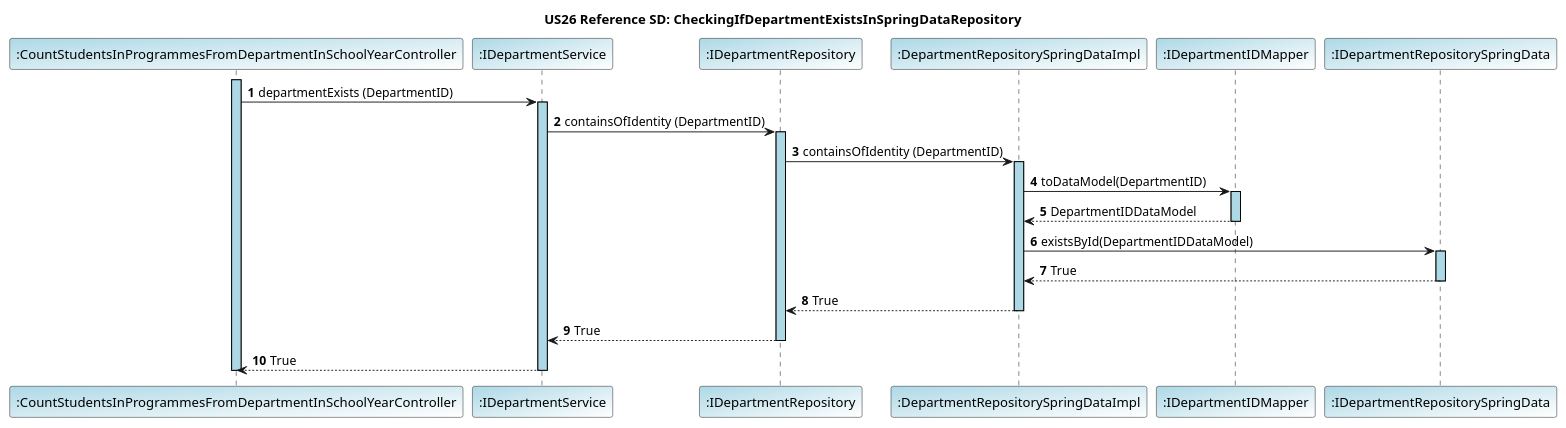
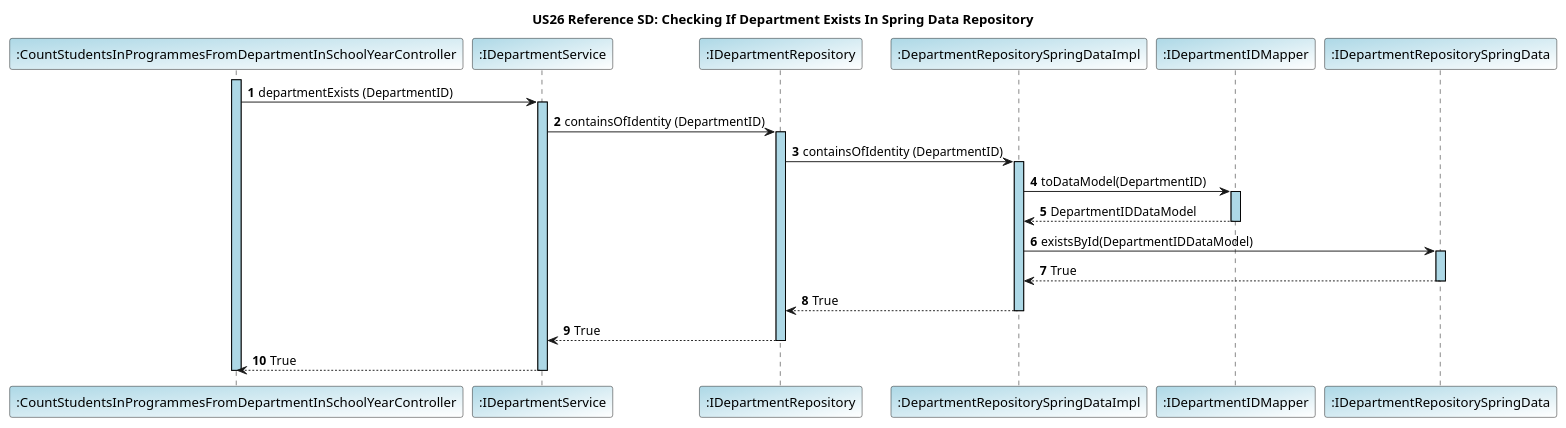
Before and after one commit to GasparISEP/DevOps-PAI: the diagram in docs/US26/JPA_SpringData_Diagrams/US26_Ref_CheckingIfDepartmentExistsInSpringDataRepository.puml, drawn with PlantUML. The commit also changed 25 other files, not shown here.

```diff
--- a/docs/US26/JPA_SpringData_Diagrams/US26_Ref_CheckingIfDepartmentExistsInSpringDataRepository.puml
+++ b/docs/US26/JPA_SpringData_Diagrams/US26_Ref_CheckingIfDepartmentExistsInSpringDataRepository.puml
@@ -1,42 +1,42 @@
 @startuml
 
-title US26 Reference SD: CheckingIfDepartmentExistsInSpringDataRepository
+title US26 Reference SD: Checking If Department Exists In Spring Data Repository
 autonumber
 skinparam sequence {
    LifelineBorderColor Black
    LifelineBackgroundColor LightBlue
  }
 
 participant ":CountStudentsInProgrammesFromDepartmentInSchoolYearController" as Controller #LightBlue/White
 participant ":IDepartmentService" as IDepartmentService #LightBlue/White
 participant ":IDepartmentRepository" as IDepartmentRepository #LightBlue/White
 participant ":DepartmentRepositorySpringDataImpl" as DepartmentRepositorySpringDataImpl #LightBlue/White
 
 
 activate Controller
 Controller -> IDepartmentService: departmentExists (DepartmentID)
 
 activate IDepartmentService
 IDepartmentService -> IDepartmentRepository: containsOfIdentity (DepartmentID)
 activate IDepartmentRepository
 IDepartmentRepository -> DepartmentRepositorySpringDataImpl: containsOfIdentity (DepartmentID)
 activate DepartmentRepositorySpringDataImpl
 participant ":IDepartmentIDMapper" as IDepartmentIDMapper #LightBlue/White
 DepartmentRepositorySpringDataImpl -> IDepartmentIDMapper: toDataModel(DepartmentID)
 activate IDepartmentIDMapper
 IDepartmentIDMapper --> DepartmentRepositorySpringDataImpl: DepartmentIDDataModel
 deactivate IDepartmentIDMapper
 participant ":IDepartmentRepositorySpringData" as IDepartmentRepositorySpringData #LightBlue/White
 
 DepartmentRepositorySpringDataImpl -> IDepartmentRepositorySpringData: existsById(DepartmentIDDataModel)
 activate IDepartmentRepositorySpringData
 IDepartmentRepositorySpringData --> DepartmentRepositorySpringDataImpl: True
 deactivate IDepartmentRepositorySpringData
 DepartmentRepositorySpringDataImpl --> IDepartmentRepository: True
 deactivate DepartmentRepositorySpringDataImpl
 IDepartmentRepository --> IDepartmentService: True
 deactivate IDepartmentRepository
 IDepartmentService --> Controller: True
 deactivate IDepartmentService
 deactivate Controller
 @enduml
```
